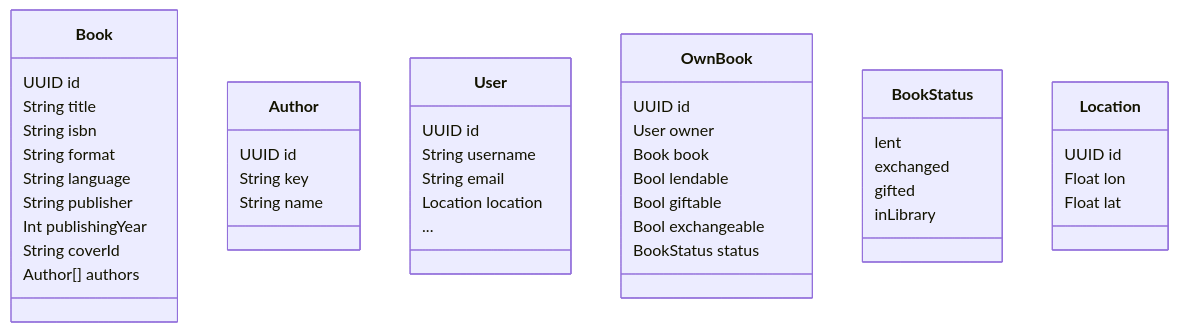
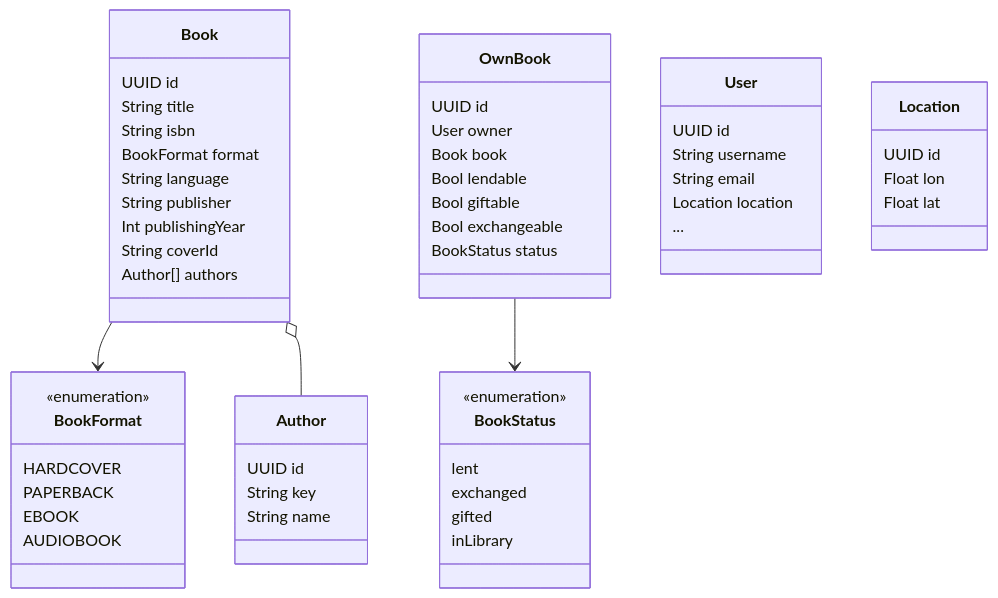
One commit to AAU-ASE24W-group-E/crowd-library changed the diagram in docs/domain-analysis/domain-diagram.md. Above: the diagram before and after it, drawn with Mermaid.

Commit message:
add BookFormat and relations in class diagram

````diff
--- a/docs/domain-analysis/domain-diagram.md
+++ b/docs/domain-analysis/domain-diagram.md
@@ -26,52 +26,66 @@
 ```mermaid
 classDiagram
+    Book --> BookFormat
+    Book o-- Author
+
+    OwnBook --> BookStatus 
+
     class Book {
         UUID id
         String title
         String isbn
-        String format
+        BookFormat format
         String language
         String publisher
         Int publishingYear
         String coverId
         Author[] authors
+    }
+
+    class BookFormat {
+        <<enumeration>>
+        HARDCOVER
+        PAPERBACK
+        EBOOK
+        AUDIOBOOK
     }
 
     class Author {
         UUID id
         String key
         String name
     }
 
     class User {
         UUID id
         String username
         String email
         Location location
         ...
     }
 
     class OwnBook {
         UUID id
         User owner
         Book book
         Bool lendable
         Bool giftable
         Bool exchangeable
         BookStatus status 
     }
 
     class BookStatus {
+        <<enumeration>>
         lent
         exchanged
         gifted
         inLibrary
     }
 
     class Location {
         UUID id
         Float lon
         Float lat
     }
 
 ```
````
